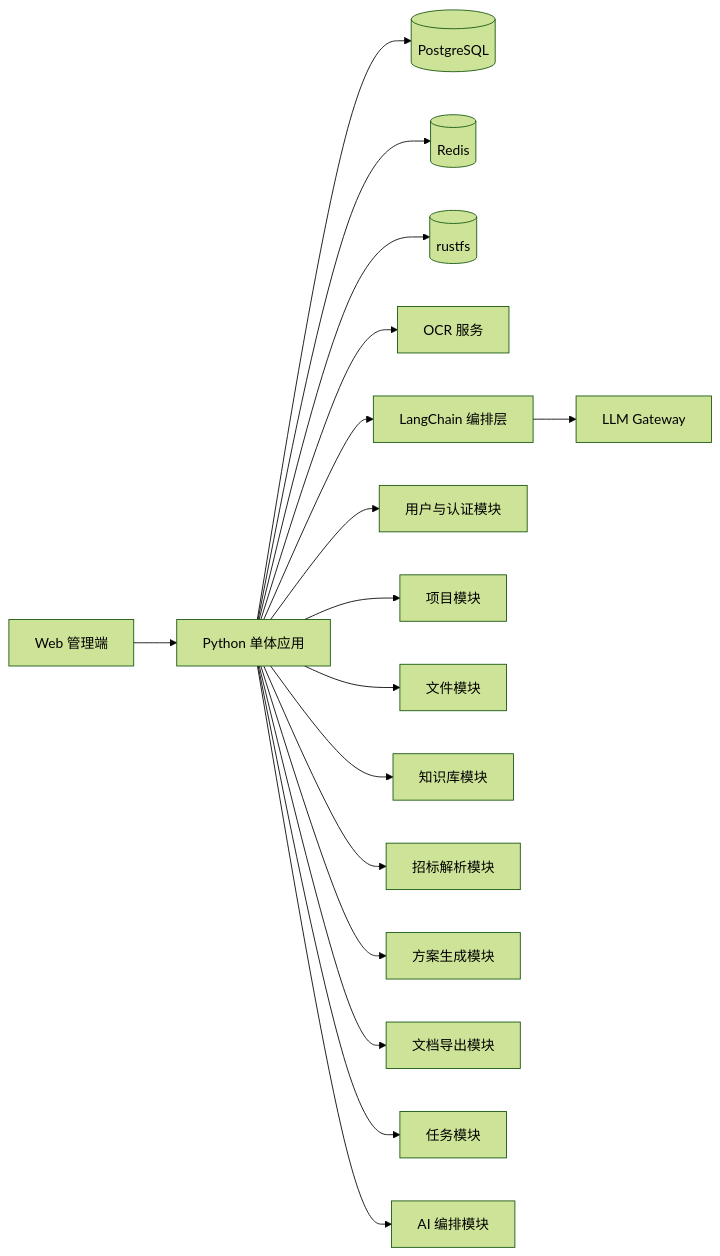
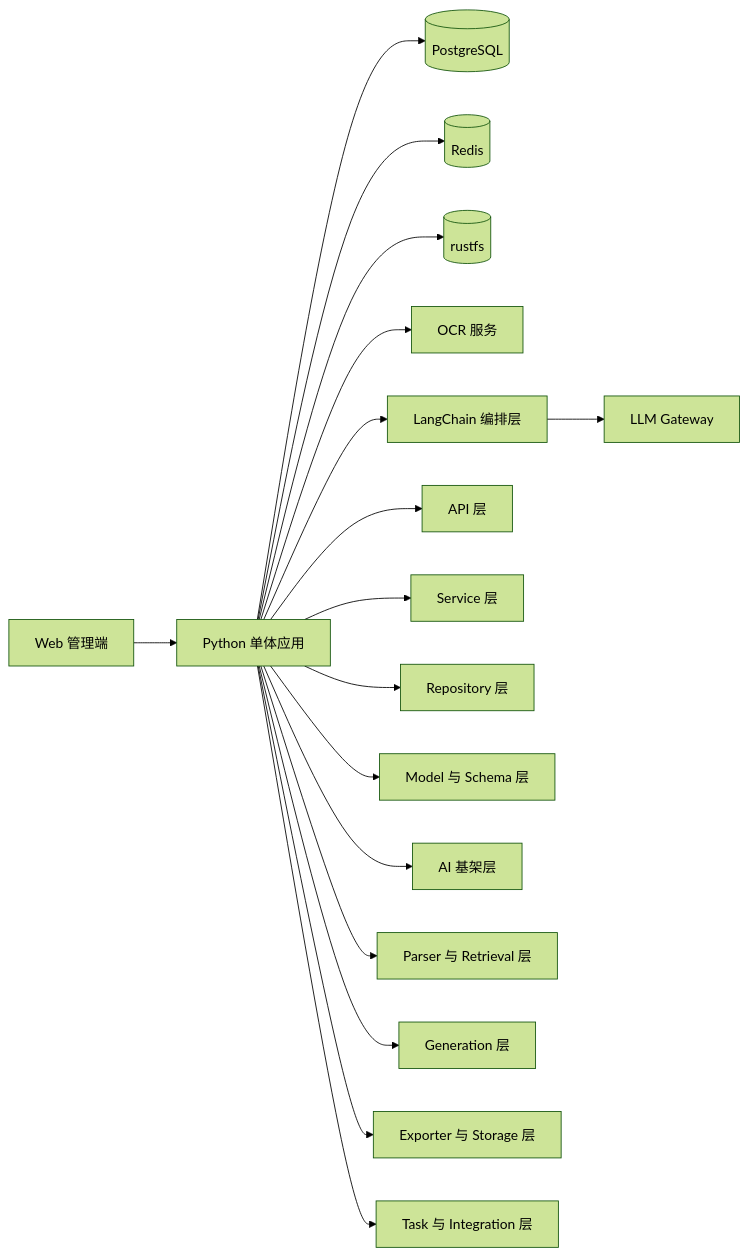
One commit to HUAdisheng/tender-ai changed the first of 4 diagrams in docs/tech/tender-agent-global-tech-design.md. Above: the diagram before and after it, drawn with Mermaid (forest theme). The commit also changed other lines of this file and 118 other files, not shown here.

Commit message:
refactor: reorganize app skeleton around layered ai architecture

````diff
--- a/docs/tech/tender-agent-global-tech-design.md
+++ b/docs/tech/tender-agent-global-tech-design.md
@@ -122,21 +122,21 @@
 ```mermaid
 flowchart LR
     U[Web 管理端] --> APP[Python 单体应用]
 
     APP --> PG[(PostgreSQL)]
     APP --> REDIS[(Redis)]
     APP --> RUSTFS[(rustfs)]
     APP --> OCR[OCR 服务]
     APP --> AI[LangChain 编排层]
     AI --> LLM[LLM Gateway]
 
-    APP --> MOD1[用户与认证模块]
-    APP --> MOD2[项目模块]
-    APP --> MOD3[文件模块]
-    APP --> MOD4[知识库模块]
-    APP --> MOD5[招标解析模块]
-    APP --> MOD6[方案生成模块]
-    APP --> MOD7[文档导出模块]
-    APP --> MOD8[任务模块]
-    APP --> MOD9[AI 编排模块]
+    APP --> MOD1[API 层]
+    APP --> MOD2[Service 层]
+    APP --> MOD3[Repository 层]
+    APP --> MOD4[Model 与 Schema 层]
+    APP --> MOD5[AI 基架层]
+    APP --> MOD6[Parser 与 Retrieval 层]
+    APP --> MOD7[Generation 层]
+    APP --> MOD8[Exporter 与 Storage 层]
+    APP --> MOD9[Task 与 Integration 层]
 ```
````
